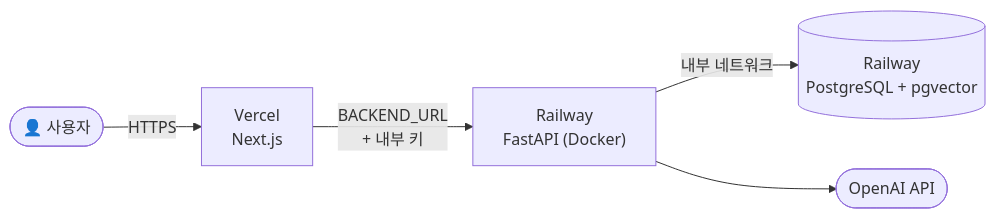
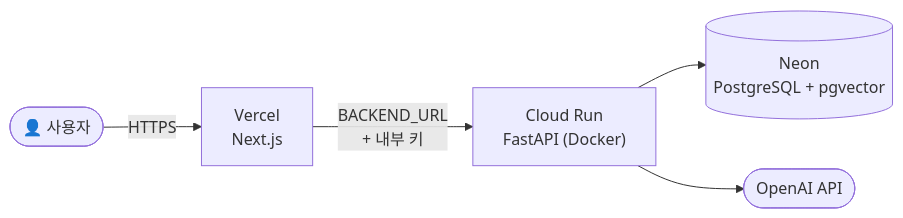
The sixth of 6 diagrams in README.md (2026-AI-Life-Idea-Challenge/global-in), drawn with Mermaid before and after one commit. The commit also changed other lines of this file and 1 other file, not shown here.

````diff
--- a/README.md
+++ b/README.md
@@ -286,7 +292,7 @@
 ```mermaid
 flowchart LR
     U(["👤 사용자"]) -- "HTTPS" --> V["Vercel<br/>Next.js"]
-    V -- "BACKEND_URL<br/>+ 내부 키" --> B["Railway<br/>FastAPI (Docker)"]
-    B -- "내부 네트워크" --> D[("Railway<br/>PostgreSQL + pgvector")]
+    V -- "BACKEND_URL<br/>+ 내부 키" --> B["Cloud Run<br/>FastAPI (Docker)"]
+    B --> D[("Neon<br/>PostgreSQL + pgvector")]
     B --> O(["OpenAI API"])
 ```
````
